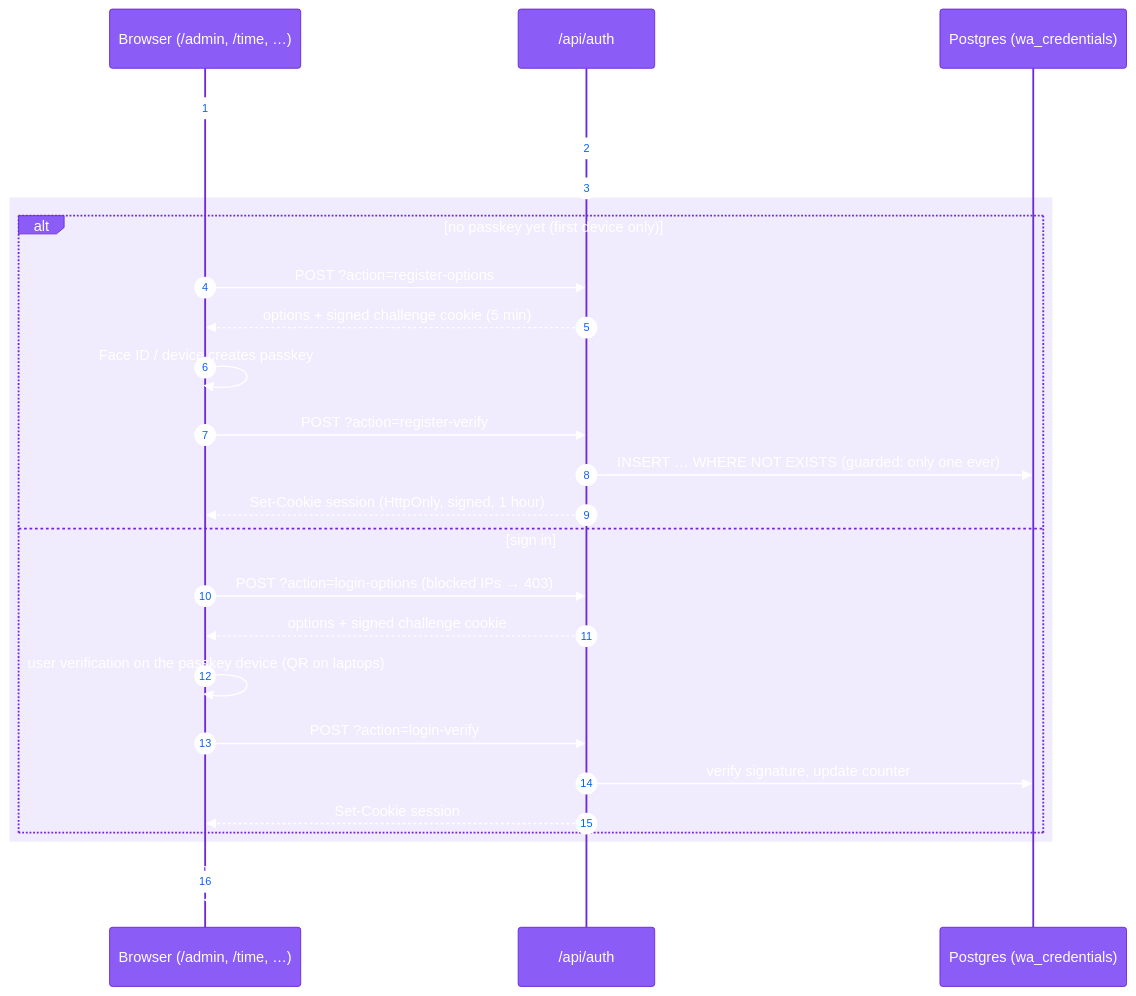
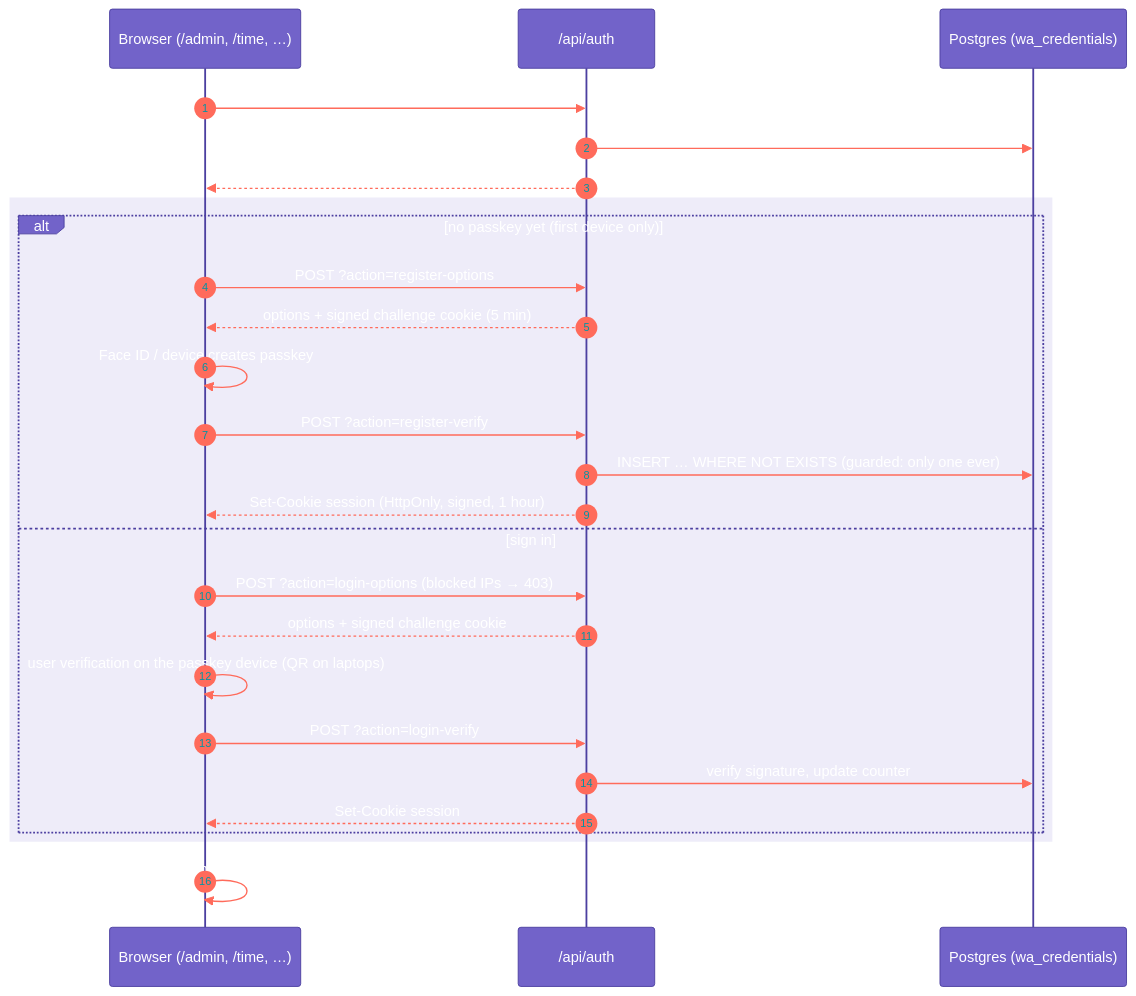
Before and after one commit to Ahmedtarekpage/portfolio: the third of 6 diagrams in README.md, drawn with Mermaid. The commit also changed other lines of this file and 20 other files, not shown here.

````diff
--- a/README.md
+++ b/README.md
@@ -803,29 +821,29 @@
 ```mermaid
-%%{init: {'theme':'base','themeVariables':{'primaryColor':'#8b5cf6','primaryTextColor':'#fff','primaryBorderColor':'#6d28d9','lineColor':'#f59e0b','secondaryColor':'#14b8a6','tertiaryColor':'#fef3c7','actorBkg':'#8b5cf6','actorTextColor':'#fff','noteBkgColor':'#fef3c7','fontFamily':'Inter'}}}%%
+%%{init: {'theme':'base','themeVariables':{'primaryColor':'#7263C9','primaryTextColor':'#ffffff','primaryBorderColor':'#4C3FA0','lineColor':'#FF6B5B','secondaryColor':'#E3E0F6','tertiaryColor':'#F4EDE0','actorBkg':'#7263C9','actorBorder':'#4C3FA0','actorTextColor':'#ffffff','signalColor':'#FF6B5B','noteBkgColor':'#F4EDE0','noteTextColor':'#14213D','fontFamily':'Inter'}}}%%
 sequenceDiagram
   autonumber
   participant B as Browser (/admin, /time, …)
   participant A as /api/auth
   participant D as Postgres (wa_credentials)
   B->>A: GET ?action=me
   A->>D: count credentials
   A-->>B: {authed, hasCredentials}
-  rect rgba(139,92,246,0.12)
+  rect rgba(114,99,201,0.12)
   alt no passkey yet (first device only)
     B->>A: POST ?action=register-options
     A-->>B: options + signed challenge cookie (5 min)
     B->>B: Face ID / device creates passkey
     B->>A: POST ?action=register-verify
     A->>D: INSERT … WHERE NOT EXISTS (guarded: only one ever)
     A-->>B: Set-Cookie session (HttpOnly, signed, 1 hour)
   else sign in
     B->>A: POST ?action=login-options (blocked IPs → 403)
     A-->>B: options + signed challenge cookie
     B->>B: user verification on the passkey device (QR on laptops)
     B->>A: POST ?action=login-verify
     A->>D: verify signature, update counter
     A-->>B: Set-Cookie session
   end
   end
   B->>B: 2nd failure → snap.js may POST ?action=snap
 ```
````
